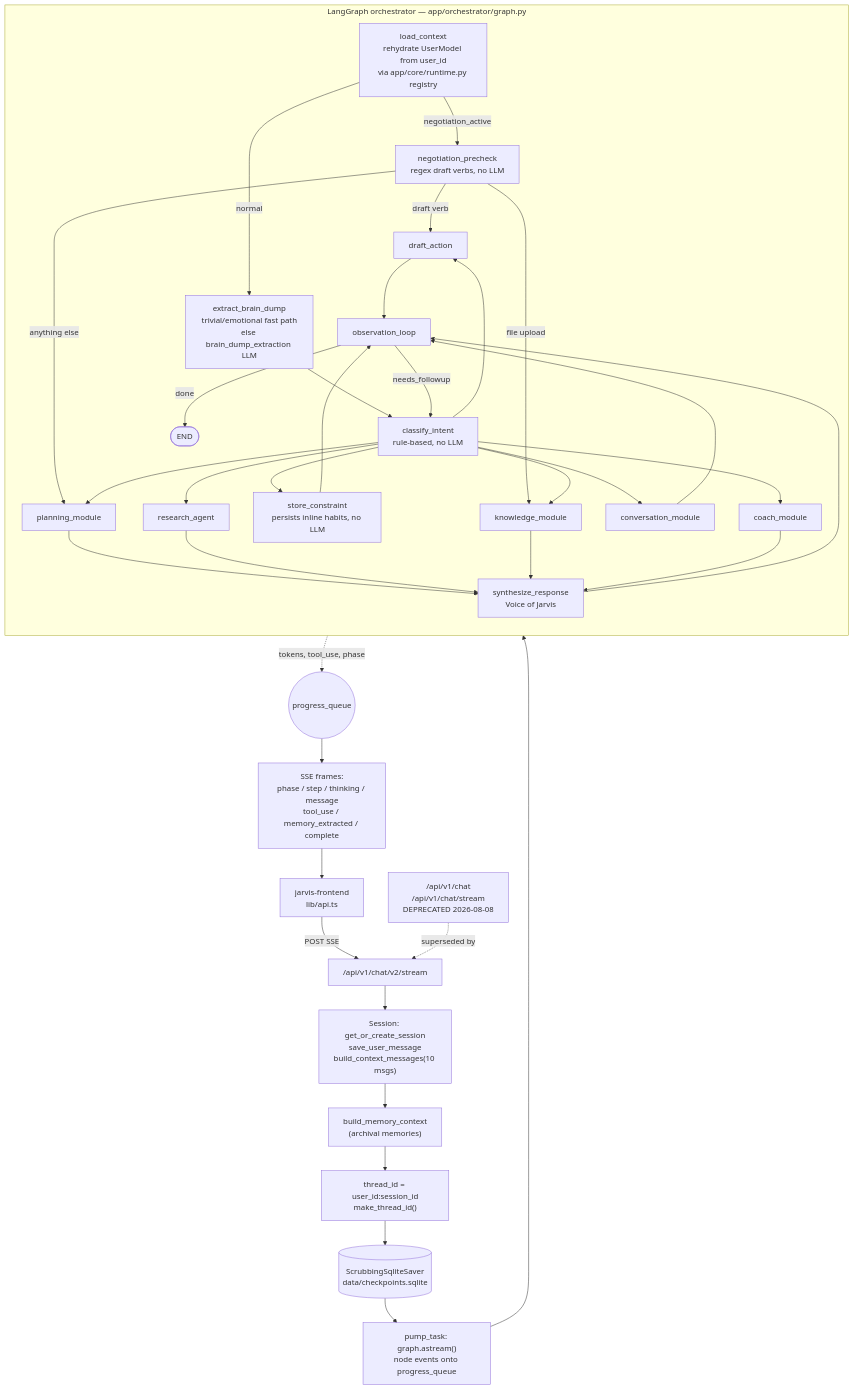
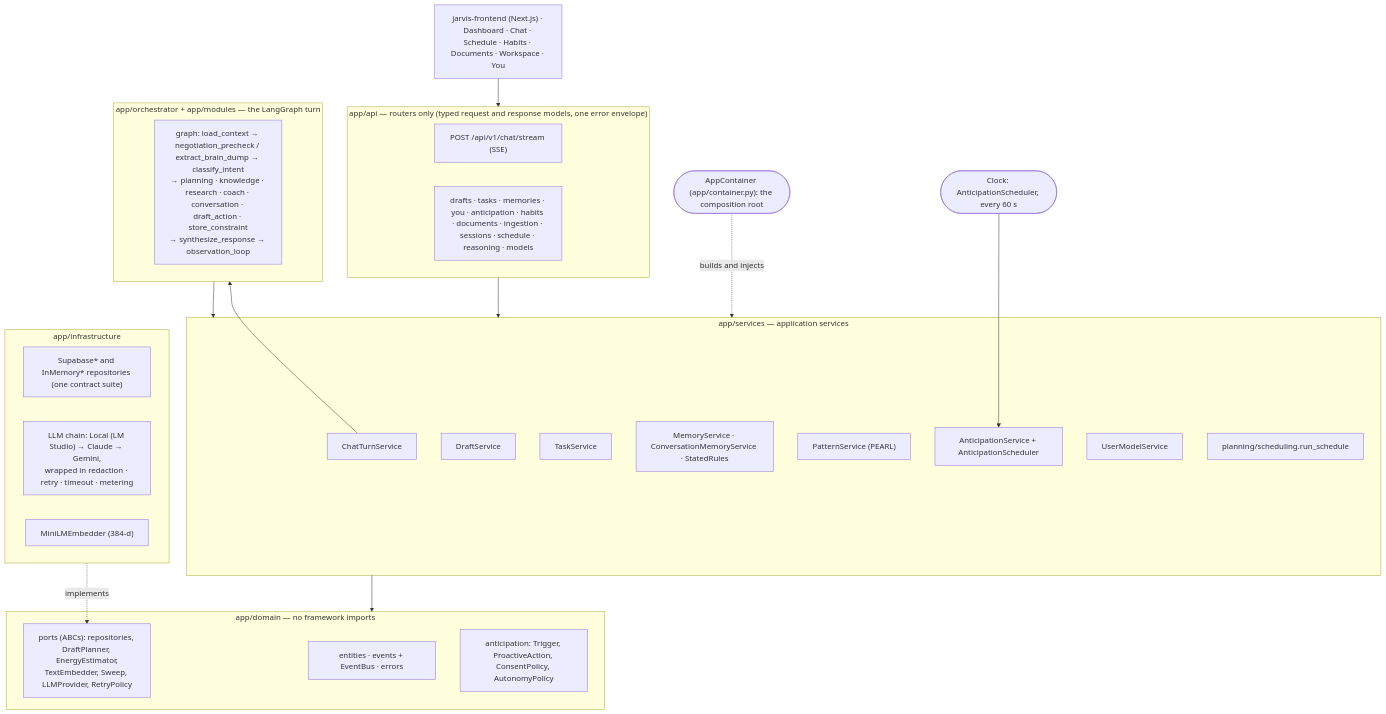
One commit to HackHeroic/Jarvis-Engine changed the diagram in docs/PROJECT_STATUS.md. Above: the diagram before and after it, drawn with Mermaid. The commit also changed other lines of this file and 8 other files, not shown here.

````diff
--- a/docs/PROJECT_STATUS.md
+++ b/docs/PROJECT_STATUS.md
@@ -91,48 +11,39 @@
 ```mermaid
-flowchart TD
-    FE["jarvis-frontend<br/>lib/api.ts"] -->|POST SSE| V2["/api/v1/chat/v2/stream"]
-    V1["/api/v1/chat<br/>/api/v1/chat/stream<br/>DEPRECATED 2026-08-08"] -.->|superseded by| V2
-
-    V2 --> SESS["Session: get_or_create_session<br/>save_user_message<br/>build_context_messages(10 msgs)"]
-    SESS --> MEM["build_memory_context<br/>(archival memories)"]
-    MEM --> TID["thread_id = user_id:session_id<br/>make_thread_id()"]
-    TID --> CKPT[("ScrubbingSqliteSaver<br/>data/checkpoints.sqlite")]
-
-    CKPT --> PUMP["pump_task: graph.astream()<br/>node events onto progress_queue"]
-    PUMP --> GRAPH
-
-    subgraph GRAPH["LangGraph orchestrator — app/orchestrator/graph.py"]
-        direction TB
-        LC["load_context<br/>rehydrate UserModel from user_id<br/>via app/core/runtime.py registry"]
-        LC -->|negotiation_active| NPC["negotiation_precheck<br/>regex draft verbs, no LLM"]
-        LC -->|normal| EBD["extract_brain_dump<br/>trivial/emotional fast path<br/>else brain_dump_extraction LLM"]
-        EBD --> CI["classify_intent<br/>rule-based, no LLM"]
-
-        NPC -->|draft verb| DA["draft_action"]
-        NPC -->|file upload| KM["knowledge_module"]
-        NPC -->|anything else| PM["planning_module"]
-
-        CI --> PM
-        CI --> SC["store_constraint<br/>persists inline habits, no LLM"]
-        CI --> RA["research_agent"]
-        CI --> KM
-        CI --> CM["conversation_module"]
-        CI --> CO["coach_module"]
-        CI --> DA
-
-        PM --> SYN["synthesize_response<br/>Voice of Jarvis"]
-        RA --> SYN
-        KM --> SYN
-        CO --> SYN
-        SYN --> OL["observation_loop"]
-        CM --> OL
-        DA --> OL
-        SC --> OL
-        OL -->|needs_followup| CI
-        OL -->|done| ENDN(["END"])
+flowchart TB
+    FE["jarvis-frontend (Next.js) · Dashboard · Chat · Schedule · Habits · Documents · Workspace · You"]
+    subgraph API["app/api — routers only (typed request and response models, one error envelope)"]
+        CHAT["POST /api/v1/chat/stream (SSE)"]
+        REST["drafts · tasks · memories · you · anticipation · habits · documents · ingestion · sessions · schedule · reasoning · models"]
     end
-
-    GRAPH -.->|tokens, tool_use, phase| Q(("progress_queue"))
-    Q --> SSE["SSE frames:<br/>phase / step / thinking / message<br/>tool_use / memory_extracted / complete"]
-    SSE --> FE
+    subgraph SVC["app/services — application services"]
+        CTS["ChatTurnService"]
+        DS["DraftService"]
+        TS["TaskService"]
+        MS["MemoryService · ConversationMemoryService · StatedRules"]
+        PS["PatternService (PEARL)"]
+        AS["AnticipationService + AnticipationScheduler"]
+        UMS["UserModelService"]
+        SCH["planning/scheduling.run_schedule"]
+    end
+    subgraph ORCH["app/orchestrator + app/modules — the LangGraph turn"]
+        G["graph: load_context → negotiation_precheck / extract_brain_dump → classify_intent<br/>→ planning · knowledge · research · coach · conversation · draft_action · store_constraint<br/>→ synthesize_response → observation_loop"]
+    end
+    subgraph DOM["app/domain — no framework imports"]
+        ENT["entities · events + EventBus · errors"]
+        PORTS["ports (ABCs): repositories, DraftPlanner, EnergyEstimator,<br/>TextEmbedder, Sweep, LLMProvider, RetryPolicy"]
+        ANT["anticipation: Trigger, ProactiveAction, ConsentPolicy, AutonomyPolicy"]
+    end
+    subgraph INFRA["app/infrastructure"]
+        REPO["Supabase* and InMemory* repositories (one contract suite)"]
+        LLM["LLM chain: Local (LM Studio) → Claude → Gemini,<br/>wrapped in redaction · retry · timeout · metering"]
+        EMB["MiniLMEmbedder (384-d)"]
+    end
+    ROOT(["AppContainer (app/container.py): the composition root"])
+    FE --> API --> SVC
+    CTS --> ORCH
+    SVC --> DOM
+    ORCH --> SVC
+    INFRA -. implements .-> PORTS
+    ROOT -. builds and injects .-> SVC
+    CLOCK(["Clock: AnticipationScheduler, every 60 s"]) --> AS
 ```
````
